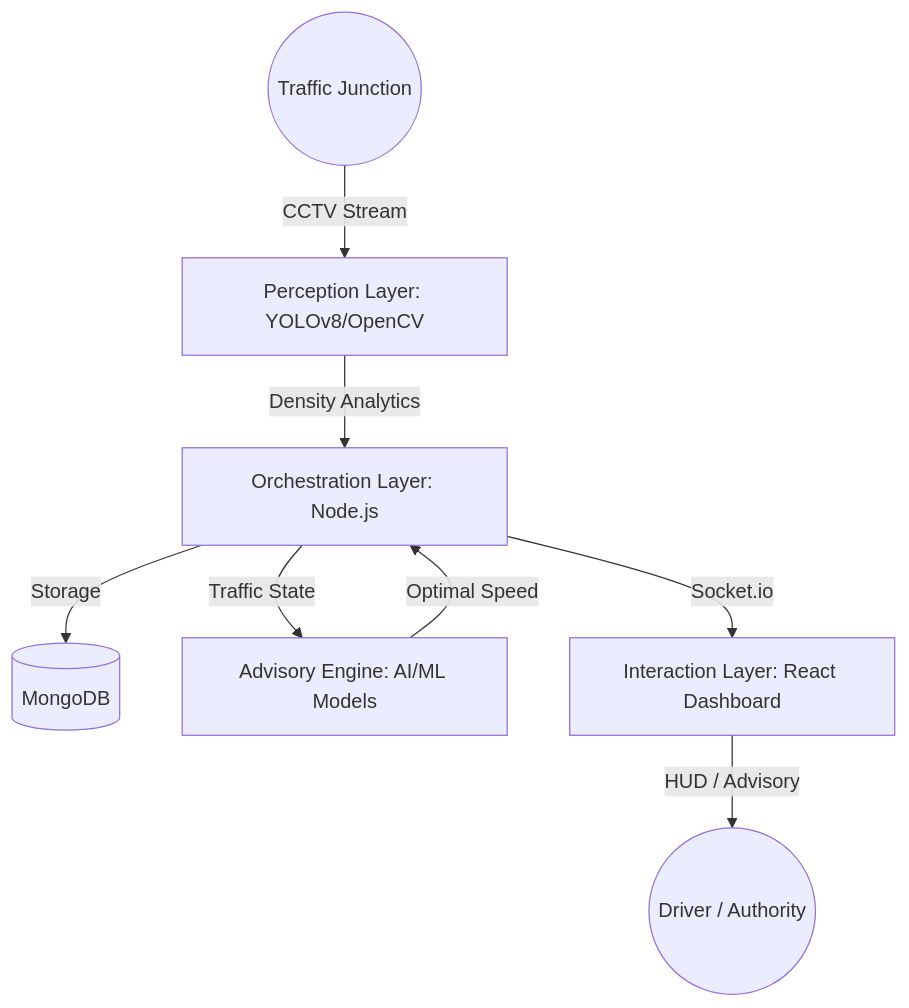
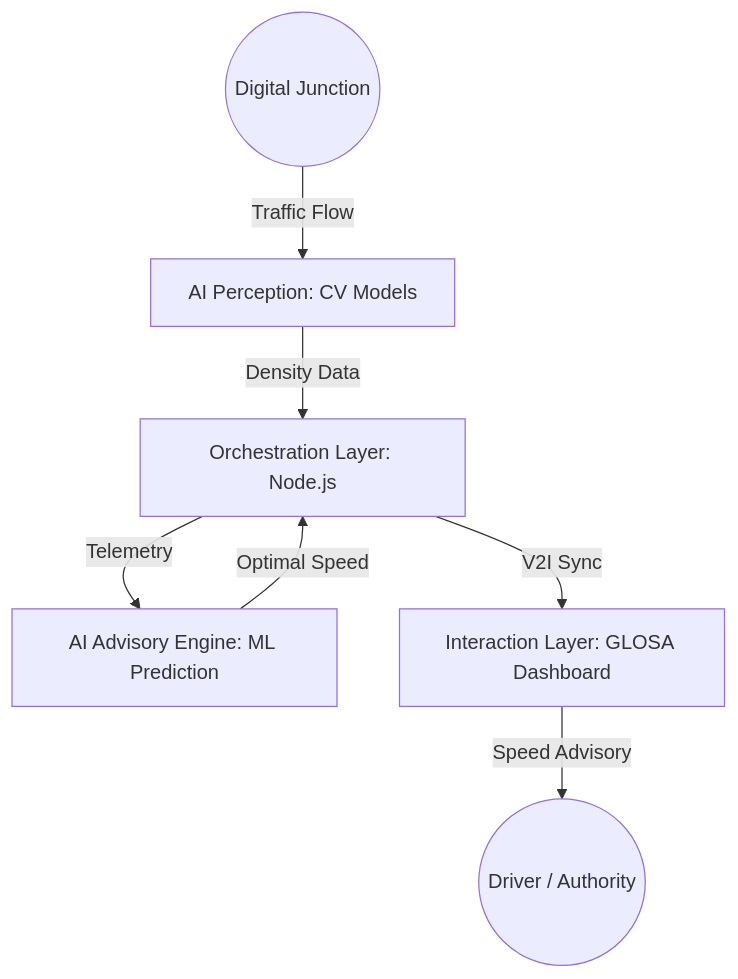
Before and after one commit to ashishh-tech/GLOSA-BHARAT-2.0: the diagram in README.md, drawn with Mermaid. The commit also changed other lines of this file and 1 other file, not shown here.

Commit message:
docs: update README with GLOSA 2.0 architecture and impact vision

````diff
--- a/README.md
+++ b/README.md
@@ -26,10 +26,9 @@
 ```mermaid
 graph TD
-    Junction((Traffic Junction)) -->|CCTV Stream| PL[Perception Layer: YOLOv8/OpenCV]
-    PL -->|Density Analytics| OL[Orchestration Layer: Node.js]
-    OL -->|Storage| DB[(MongoDB)]
-    OL -->|Traffic State| AE[Advisory Engine: AI/ML Models]
+    Junction((Digital Junction)) -->|Traffic Flow| AP[AI Perception: CV Models]
+    AP -->|Density Data| OL[Orchestration Layer: Node.js]
+    OL -->|Telemetry| AE[AI Advisory Engine: ML Prediction]
     AE -->|Optimal Speed| OL
-    OL -->|Socket.io| IL[Interaction Layer: React Dashboard]
-    IL -->|HUD / Advisory| User((Driver / Authority))
+    OL -->|V2I Sync| IL[Interaction Layer: GLOSA Dashboard]
+    IL -->|Speed Advisory| User((Driver / Authority))
 ```
````
